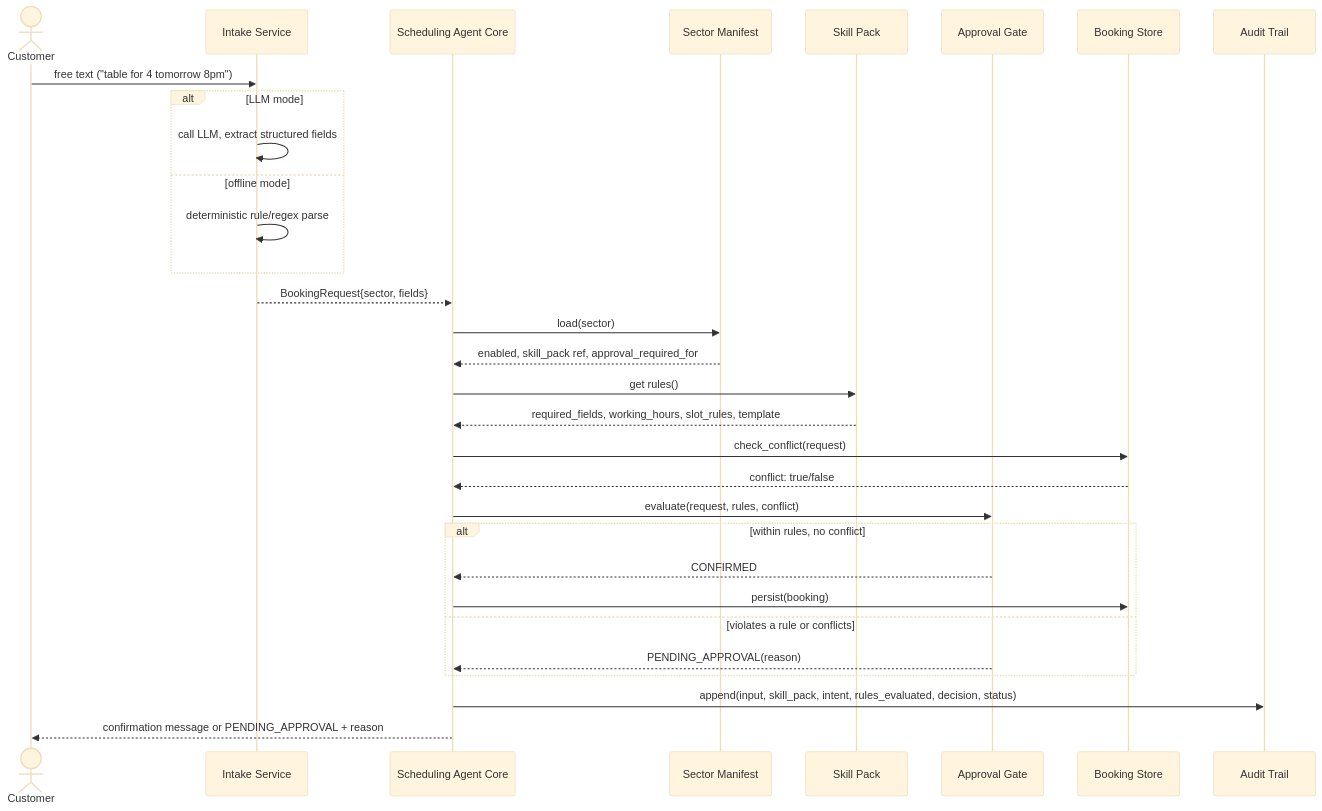
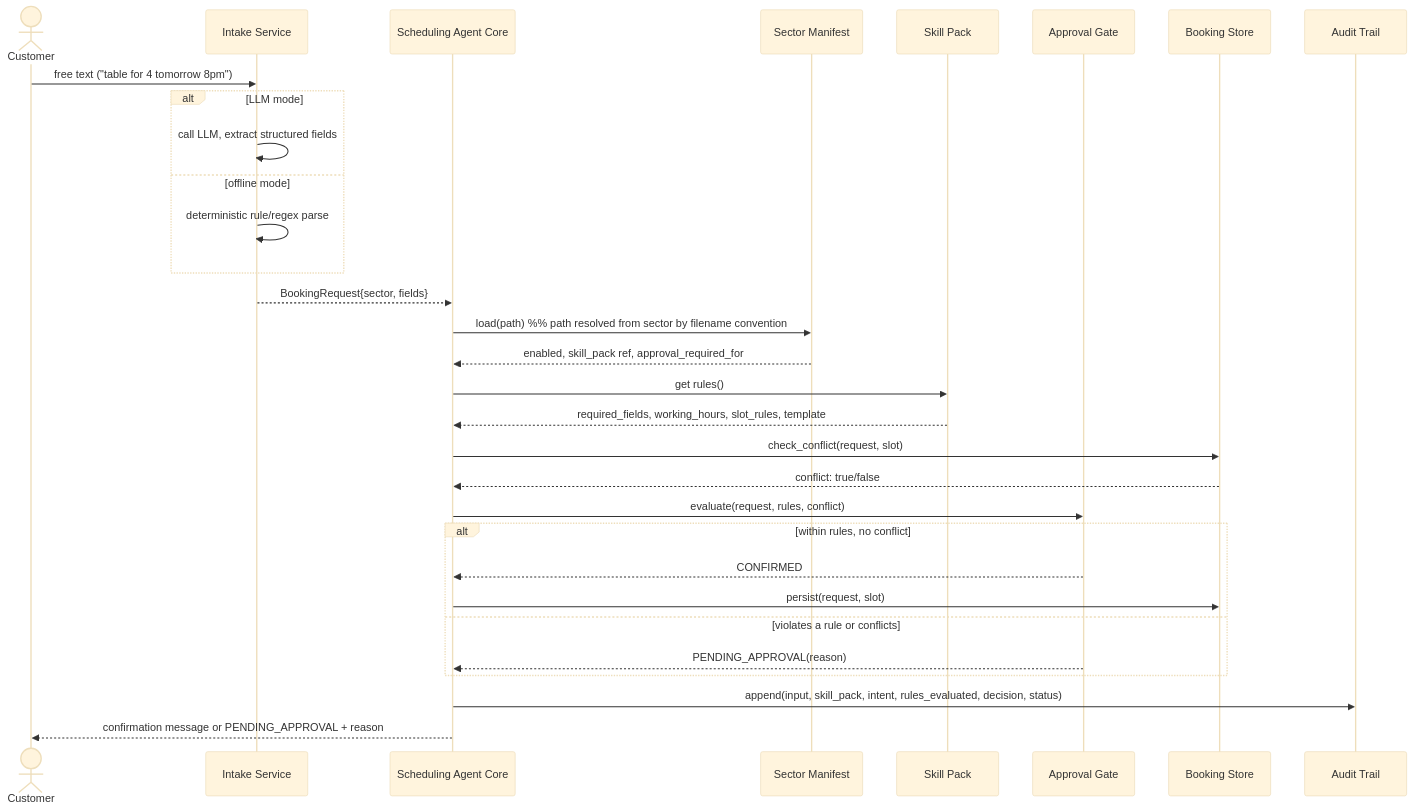
The second of 3 diagrams in diagrams/DIAGRAMS.md (AhmedOmer013/eais-scheduling-agent), drawn with Mermaid (base theme) before and after one commit. The commit also changed other lines of this file and 1 other file, not shown here.

First line of the commit message:
Sync class/sequence diagram signatures with T6's implementation

````diff
--- a/diagrams/DIAGRAMS.md
+++ b/diagrams/DIAGRAMS.md
@@ -61,34 +61,34 @@
 ```mermaid
 sequenceDiagram
     actor Cust as Customer
     participant Intake as Intake Service
     participant Core as Scheduling Agent Core
     participant Manifest as Sector Manifest
     participant SP as Skill Pack
     participant Gate as Approval Gate
     participant Store as Booking Store
     participant Audit as Audit Trail
 
     Cust->>Intake: free text ("table for 4 tomorrow 8pm")
     alt LLM mode
         Intake->>Intake: call LLM, extract structured fields
     else offline mode
         Intake->>Intake: deterministic rule/regex parse
     end
     Intake-->>Core: BookingRequest{sector, fields}
-    Core->>Manifest: load(sector)
+    Core->>Manifest: load(path)  %% path resolved from sector by filename convention
     Manifest-->>Core: enabled, skill_pack ref, approval_required_for
     Core->>SP: get rules()
     SP-->>Core: required_fields, working_hours, slot_rules, template
-    Core->>Store: check_conflict(request)
+    Core->>Store: check_conflict(request, slot)
     Store-->>Core: conflict: true/false
     Core->>Gate: evaluate(request, rules, conflict)
     alt within rules, no conflict
         Gate-->>Core: CONFIRMED
-        Core->>Store: persist(booking)
+        Core->>Store: persist(request, slot)
     else violates a rule or conflicts
         Gate-->>Core: PENDING_APPROVAL(reason)
     end
     Core->>Audit: append(input, skill_pack, intent, rules_evaluated, decision, status)
     Core-->>Cust: confirmation message or PENDING_APPROVAL + reason
 ```
````
